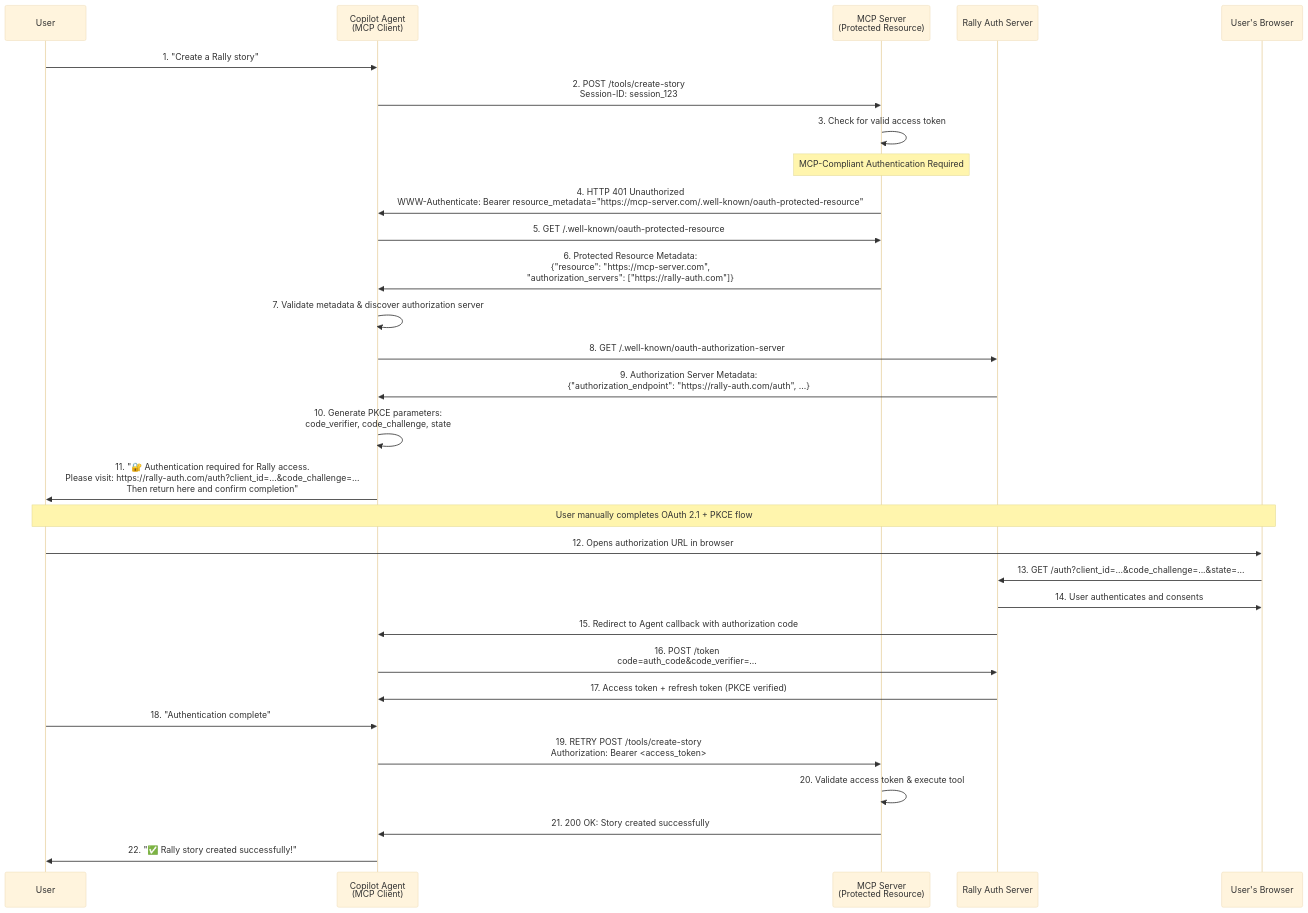
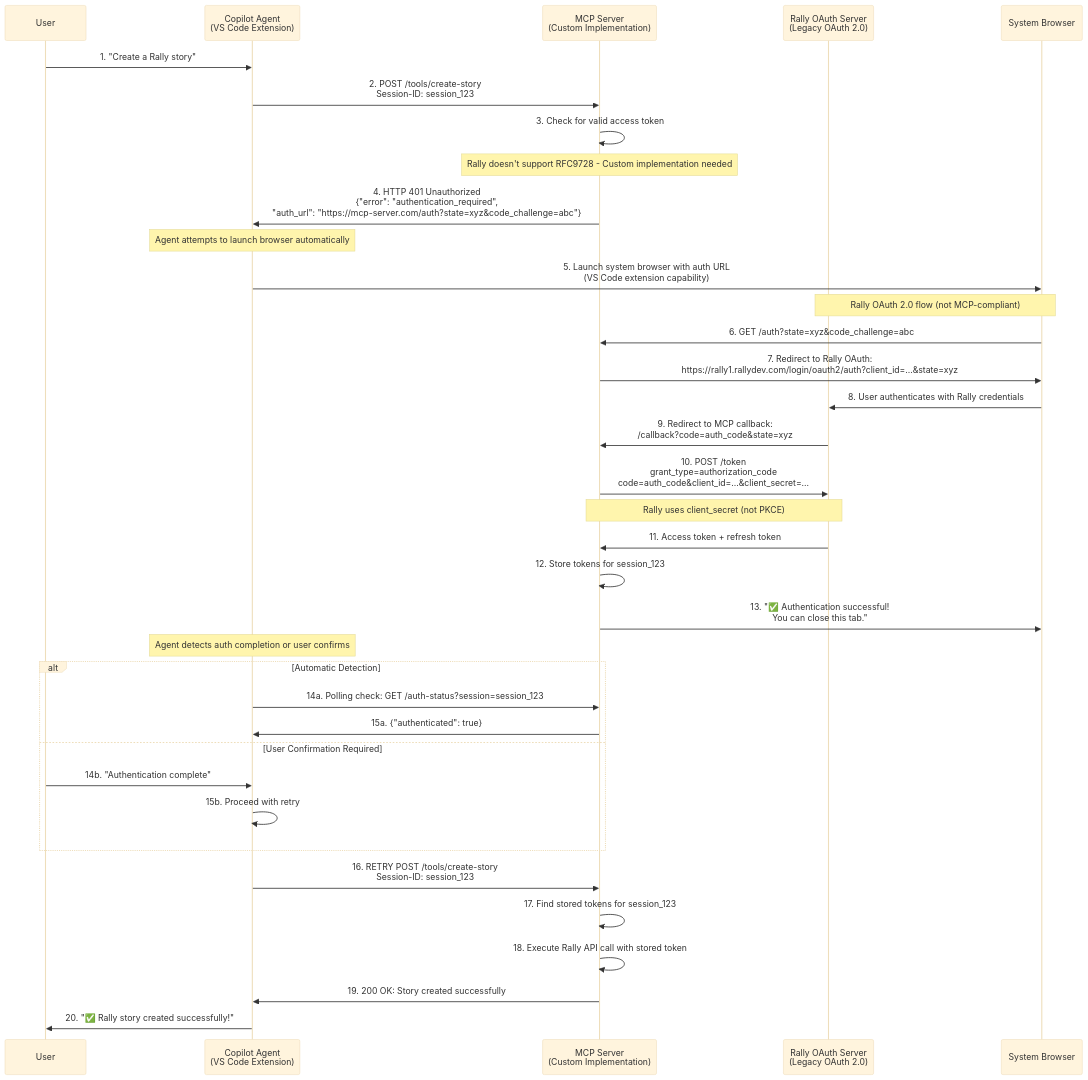
Before and after one commit to rnerurkar/mcp-implementation: the second of 4 diagrams in ADK MCP/VSCode_Copilot_Agent_MCP_Server_End_to_End_Sequence_Diagram version 3.md, drawn with Mermaid (base theme). The commit also changed other lines of this file, not shown here.

Commit message:
UPDATE: Version 3 with realistic OAuth implementation - Rally OAuth 2.0 limitations, Agent browser launching, pragmatic authentication flow

````diff
--- a/ADK MCP/VSCode_Copilot_Agent_MCP_Server_End_to_End_Sequence_Diagram version 3.md
+++ b/ADK MCP/VSCode_Copilot_Agent_MCP_Server_End_to_End_Sequence_Diagram version 3.md
@@ -402,39 +402,45 @@
 ```mermaid
 sequenceDiagram
     participant User
-    participant Agent as Copilot Agent<br/>(MCP Client)
-    participant MCP as MCP Server<br/>(Protected Resource)
-    participant AuthSrv as Rally Auth Server
-    participant Browser as User's Browser
+    participant Agent as Copilot Agent<br/>(VS Code Extension)
+    participant MCP as MCP Server<br/>(Custom Implementation)
+    participant AuthSrv as Rally OAuth Server<br/>(Legacy OAuth 2.0)
+    participant Browser as System Browser
 
     User->>Agent: 1. "Create a Rally story"
     Agent->>MCP: 2. POST /tools/create-story<br>Session-ID: session_123
     MCP->>MCP: 3. Check for valid access token
     
-    Note over MCP: MCP-Compliant Authentication Required
-    MCP->>Agent: 4. HTTP 401 Unauthorized<br>WWW-Authenticate: Bearer resource_metadata="https://mcp-server.com/.well-known/oauth-protected-resource"
+    Note over MCP: Rally doesn't support RFC9728 - Custom implementation needed
+    MCP->>Agent: 4. HTTP 401 Unauthorized<br>{"error": "authentication_required",<br> "auth_url": "https://mcp-server.com/auth?state=xyz&code_challenge=abc"}
     
-    Agent->>MCP: 5. GET /.well-known/oauth-protected-resource
-    MCP->>Agent: 6. Protected Resource Metadata:<br>{"resource": "https://mcp-server.com",<br> "authorization_servers": ["https://rally-auth.com"]}
+    Note over Agent: Agent attempts to launch browser automatically
+    Agent->>Browser: 5. Launch system browser with auth URL<br>(VS Code extension capability)
     
-    Agent->>Agent: 7. Validate metadata & discover authorization server
-    Agent->>AuthSrv: 8. GET /.well-known/oauth-authorization-server
-    AuthSrv->>Agent: 9. Authorization Server Metadata:<br>{"authorization_endpoint": "https://rally-auth.com/auth", ...}
+    Note over Browser,AuthSrv: Rally OAuth 2.0 flow (not MCP-compliant)
+    Browser->>MCP: 6. GET /auth?state=xyz&code_challenge=abc
+    MCP->>Browser: 7. Redirect to Rally OAuth:<br>https://rally1.rallydev.com/login/oauth2/auth?client_id=...&state=xyz
+    Browser->>AuthSrv: 8. User authenticates with Rally credentials
+    AuthSrv->>MCP: 9. Redirect to MCP callback:<br>/callback?code=auth_code&state=xyz
     
-    Agent->>Agent: 10. Generate PKCE parameters:<br>code_verifier, code_challenge, state
-    Agent->>User: 11. "🔐 Authentication required for Rally access.<br>Please visit: https://rally-auth.com/auth?client_id=...&code_challenge=...<br>Then return here and confirm completion"
+    MCP->>AuthSrv: 10. POST /token<br>grant_type=authorization_code<br>code=auth_code&client_id=...&client_secret=...
+    Note over MCP,AuthSrv: Rally uses client_secret (not PKCE)
+    AuthSrv->>MCP: 11. Access token + refresh token
+    MCP->>MCP: 12. Store tokens for session_123
+    MCP->>Browser: 13. "✅ Authentication successful!<br>You can close this tab."
     
-    Note over User,Browser: User manually completes OAuth 2.1 + PKCE flow
-    User->>Browser: 12. Opens authorization URL in browser
-    Browser->>AuthSrv: 13. GET /auth?client_id=...&code_challenge=...&state=...
-    AuthSrv->>Browser: 14. User authenticates and consents
-    AuthSrv->>Agent: 15. Redirect to Agent callback with authorization code
-    Agent->>AuthSrv: 16. POST /token<br>code=auth_code&code_verifier=...
-    AuthSrv->>Agent: 17. Access token + refresh token (PKCE verified)
+    Note over Agent: Agent detects auth completion or user confirms
+    alt Automatic Detection
+        Agent->>MCP: 14a. Polling check: GET /auth-status?session=session_123
+        MCP->>Agent: 15a. {"authenticated": true}
+    else User Confirmation Required
+        User->>Agent: 14b. "Authentication complete"
+        Agent->>Agent: 15b. Proceed with retry
+    end
     
-    User->>Agent: 18. "Authentication complete"
-    Agent->>MCP: 19. RETRY POST /tools/create-story<br>Authorization: Bearer <access_token>
-    MCP->>MCP: 20. Validate access token & execute tool
-    MCP->>Agent: 21. 200 OK: Story created successfully
-    Agent->>User: 22. "✅ Rally story created successfully!"
+    Agent->>MCP: 16. RETRY POST /tools/create-story<br>Session-ID: session_123
+    MCP->>MCP: 17. Find stored tokens for session_123
+    MCP->>MCP: 18. Execute Rally API call with stored token
+    MCP->>Agent: 19. 200 OK: Story created successfully
+    Agent->>User: 20. "✅ Rally story created successfully!"
 ```
````
